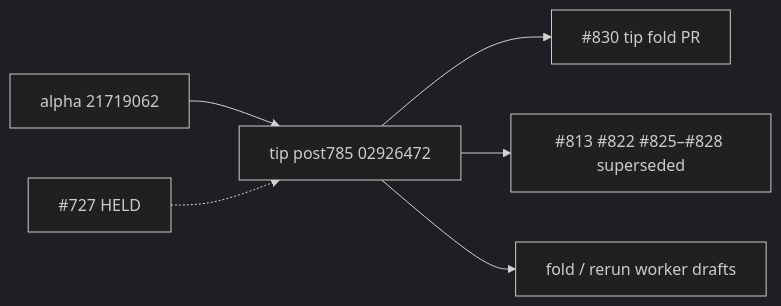
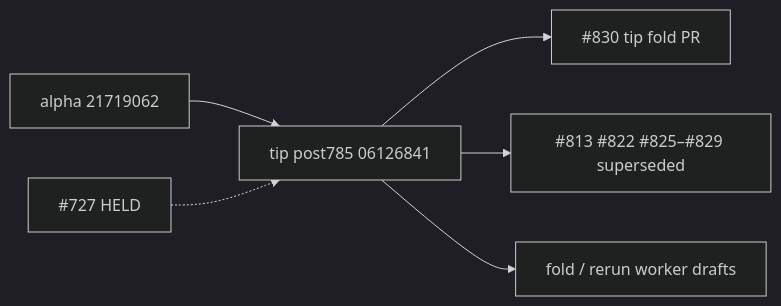
One commit to fuzzywigg/math-pentathlon changed the second of 2 diagrams in docs/dev/open-draft-triage-post785-2026-10-10-v1.md. Above: the diagram before and after it, drawn with Mermaid (dark theme). The commit also changed other lines of this file and 1 other file, not shown here.

First line of the commit message:
docs(q-mp-334): refresh triage onto tip 06126841 after #829 fold

````diff
--- a/docs/dev/open-draft-triage-post785-2026-10-10-v1.md
+++ b/docs/dev/open-draft-triage-post785-2026-10-10-v1.md
@@ -95,8 +97,8 @@
 ```mermaid
 flowchart LR
-  alpha["alpha 21719062"] --> tip["tip post785 02926472"]
+  alpha["alpha 21719062"] --> tip["tip post785 06126841"]
   tip --> fold830["#830 tip fold PR"]
-  tip --> superseded["#813 #822 #825–#828 superseded"]
+  tip --> superseded["#813 #822 #825–#829 superseded"]
   tip --> foldReady["fold / rerun worker drafts"]
   held727["#727 HELD"] -.-> tip
 ```
````
